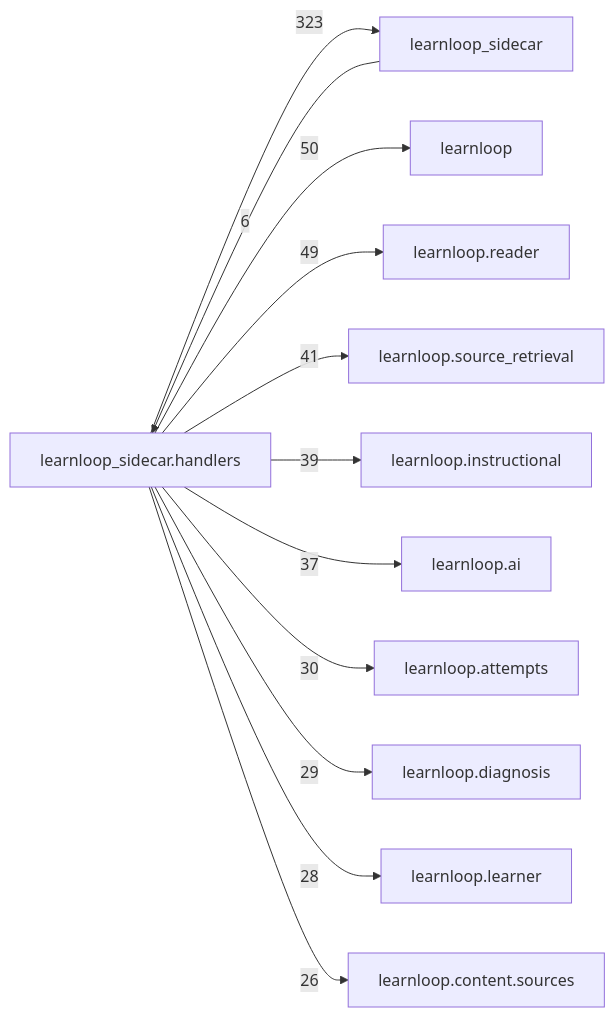
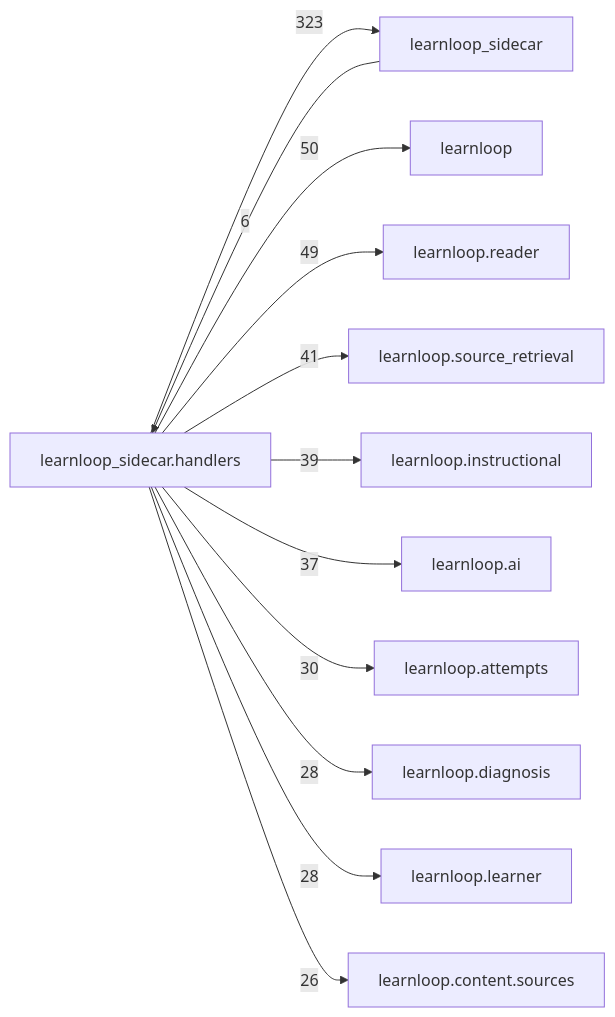
Before and after one commit to 6up-b/learnanything: the diagram in docs/learnloop-architecture-vault/Reference/Modules/learnloop_sidecar/handlers/_package.md, drawn with Mermaid. The commit also changed other lines of this file and 32 other files, not shown here.

````diff
--- a/docs/learnloop-architecture-vault/Reference/Modules/learnloop_sidecar/handlers/_package.md
+++ b/docs/learnloop-architecture-vault/Reference/Modules/learnloop_sidecar/handlers/_package.md
@@ -260,25 +260,25 @@
 ```mermaid
 flowchart LR
     center["learnloop_sidecar.handlers"]
     n_learnloop_sidecar["learnloop_sidecar"]
     n_learnloop["learnloop"]
     n_learnloop_reader["learnloop.reader"]
     n_learnloop_source_retrieval["learnloop.source_retrieval"]
     n_learnloop_instructional["learnloop.instructional"]
     n_learnloop_ai["learnloop.ai"]
     n_learnloop_attempts["learnloop.attempts"]
     n_learnloop_diagnosis["learnloop.diagnosis"]
     n_learnloop_learner["learnloop.learner"]
     n_learnloop_content_sources["learnloop.content.sources"]
     n_learnloop_sidecar -->|6| center
     center -->|323| n_learnloop_sidecar
     center -->|50| n_learnloop
     center -->|49| n_learnloop_reader
     center -->|41| n_learnloop_source_retrieval
     center -->|39| n_learnloop_instructional
     center -->|37| n_learnloop_ai
     center -->|30| n_learnloop_attempts
-    center -->|29| n_learnloop_diagnosis
+    center -->|28| n_learnloop_diagnosis
     center -->|28| n_learnloop_learner
     center -->|26| n_learnloop_content_sources
 ```
````
